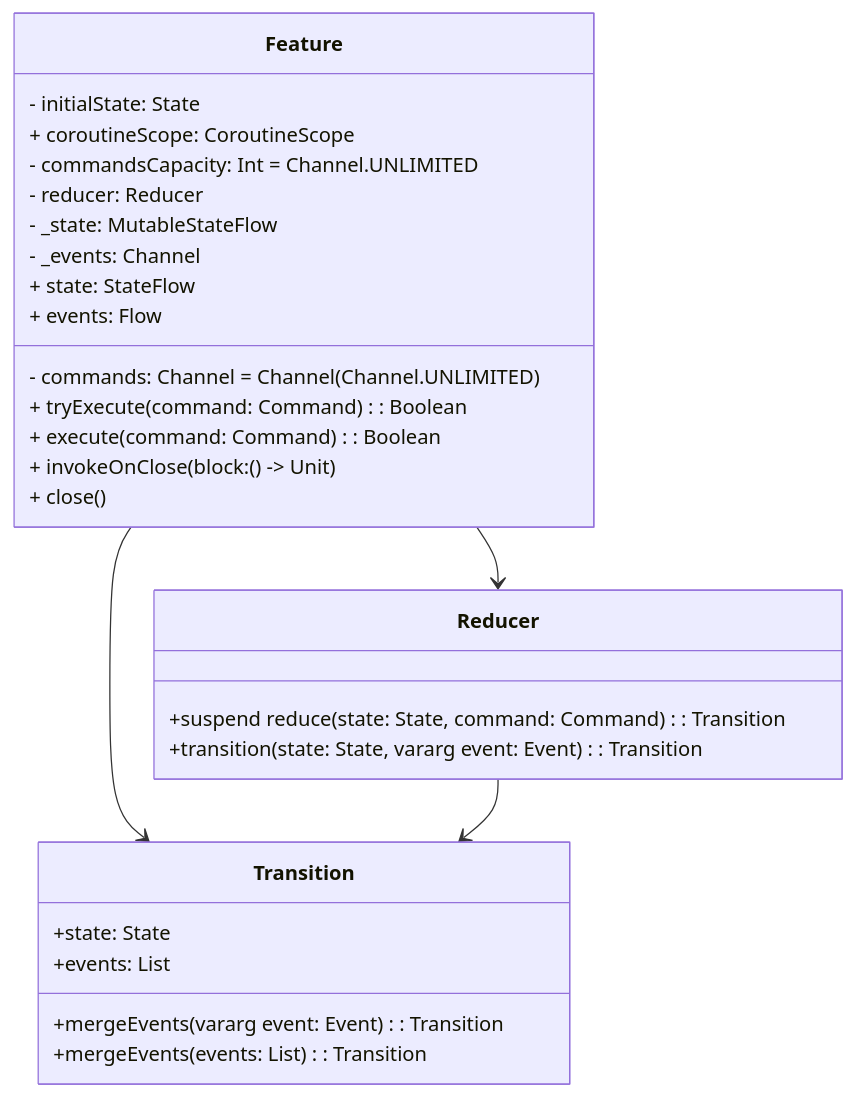
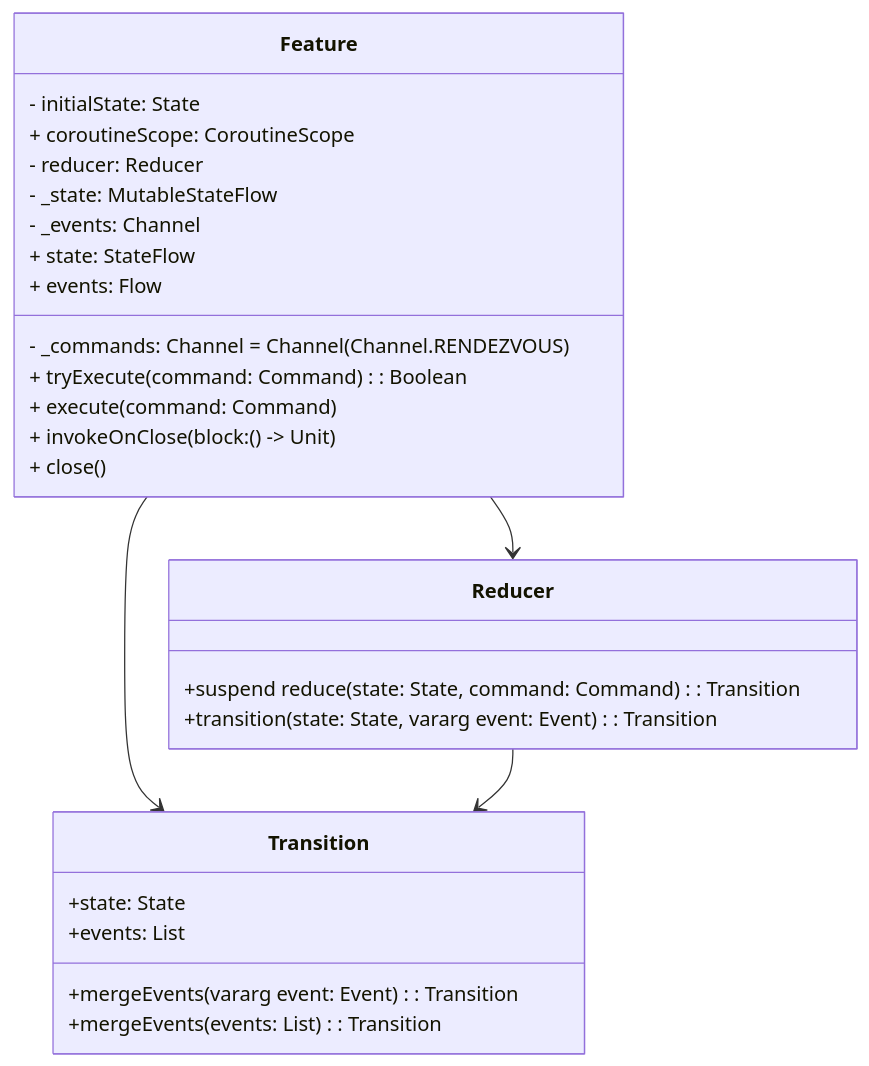
One commit to numq/reduce-and-conquer changed the first of 3 diagrams in README.md. Above: the diagram before and after it, drawn with Mermaid. The commit also changed other lines of this file and 1 other file, not shown here.

````diff
--- a/README.md
+++ b/README.md
@@ -58,32 +58,31 @@
 ```mermaid
 classDiagram
     class Feature {
         - initialState: State
         + coroutineScope: CoroutineScope
-        - commandsCapacity: Int = Channel.UNLIMITED
         - reducer: Reducer<Command, State, Event>
-        - commands: Channel<Command> = Channel(Channel.UNLIMITED)
         - _state: MutableStateFlow<State>
         - _events: Channel<Event>
+        - _commands: Channel<Command> = Channel(Channel.RENDEZVOUS)
         + state: StateFlow<State>
         + events: Flow<Event>
         + tryExecute(command: Command): Boolean
-        + execute(command: Command): Boolean
+        + execute(command: Command)
         + invokeOnClose(block: () -> Unit)
         + close()
     }
     class Reducer {
         +suspend reduce(state: State, command: Command): Transition<State, Event>
         +transition(state: State, vararg event: Event): Transition<State, Event>
     }
     class Transition {
         +state: State
         +events: List<Event>
         +mergeEvents(vararg event: Event): Transition<State, Event>
         +mergeEvents(events: List<Event>): Transition<State, Event>
     }
 
     Feature --> Reducer
     Feature --> Transition
     Reducer --> Transition
 ```
````
